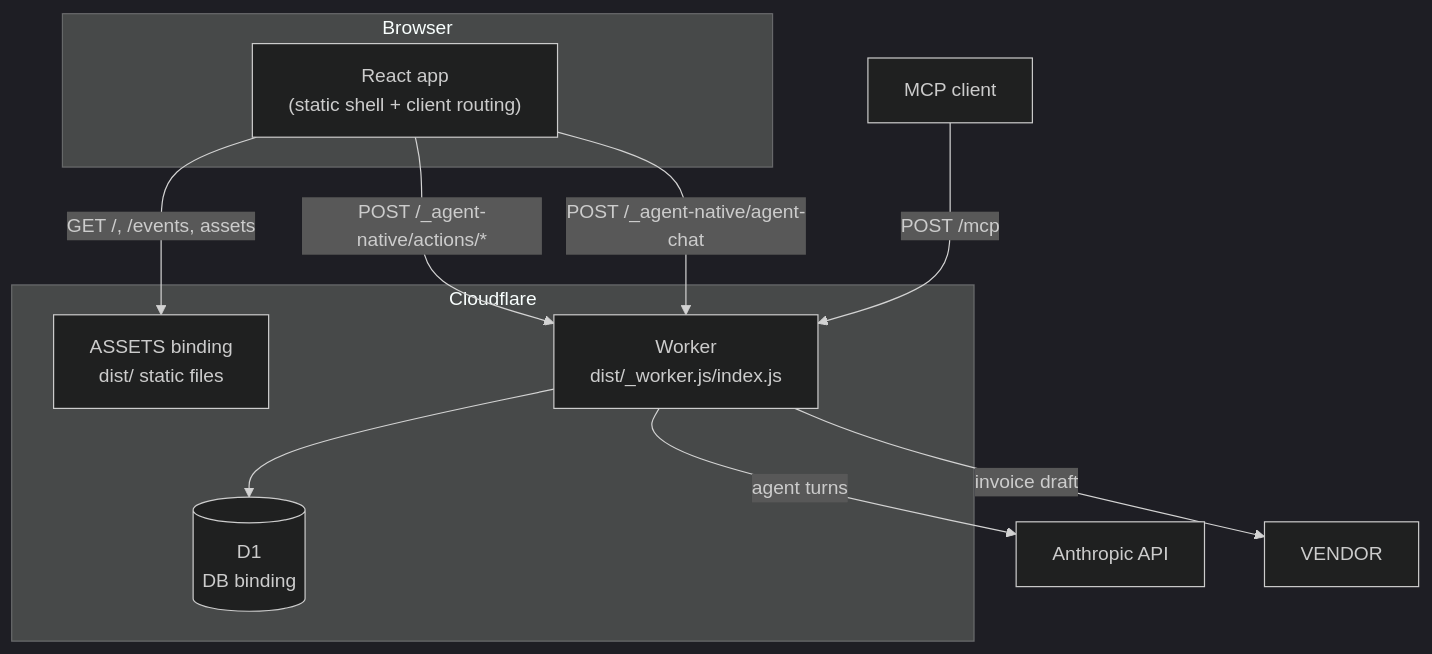
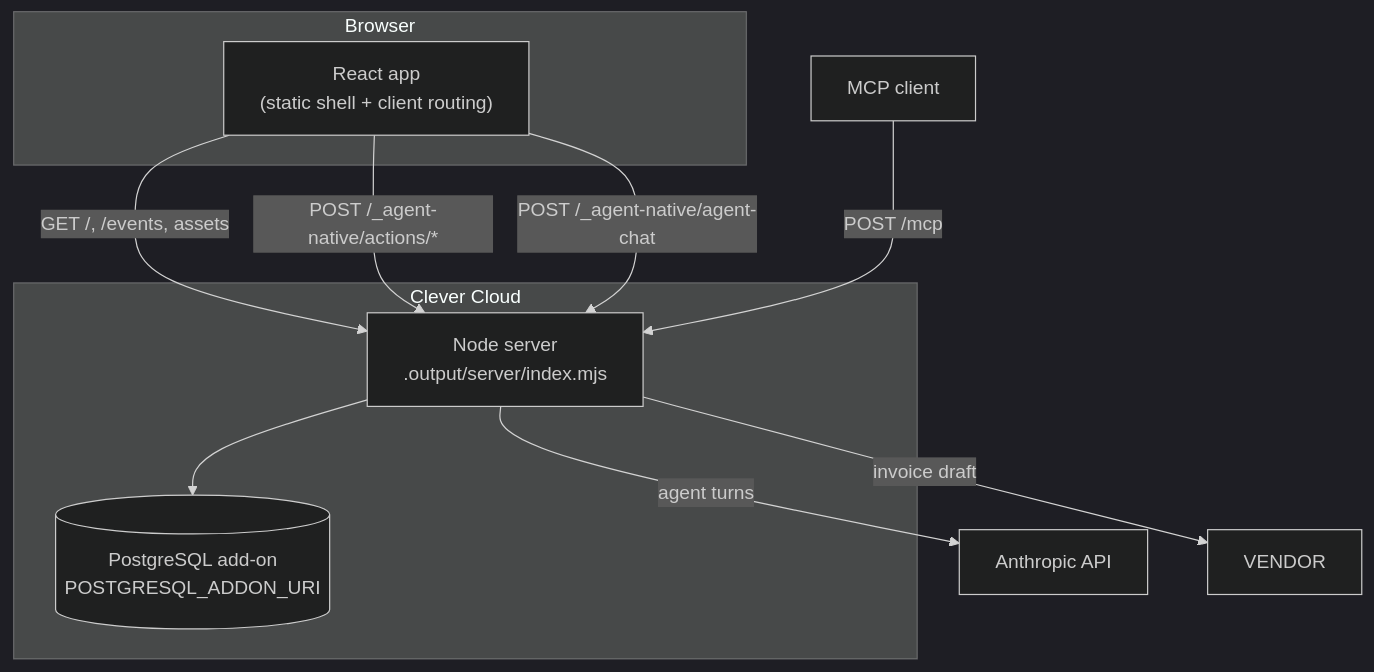
The first of 14 diagrams in ARCHITECTURE.md (anbergem/seating-arrangement), drawn with Mermaid (dark theme) before and after one commit. The commit also changed other lines of this file and 102 other files, not shown here.

````diff
--- a/ARCHITECTURE.md
+++ b/ARCHITECTURE.md
@@ -32,20 +33,19 @@
 ```mermaid
 flowchart TB
   subgraph Browser
     SHELL["React app<br/>(static shell + client routing)"]
   end
-  subgraph CF["Cloudflare"]
-    ASSETS["ASSETS binding<br/>dist/ static files"]
-    W["Worker<br/>dist/_worker.js/index.js"]
-    D1[("D1<br/>DB binding")]
+  subgraph CC["Clever Cloud"]
+    W["Node server<br/>.output/server/index.mjs"]
+    DB[("PostgreSQL add-on<br/>POSTGRESQL_ADDON_URI")]
   end
   ANTHROPIC["Anthropic API"]
 
-  SHELL -->|"GET /, /events, assets"| ASSETS
+  SHELL -->|"GET /, /events, assets"| W
   SHELL -->|"POST /_agent-native/actions/*"| W
   SHELL -->|"POST /_agent-native/agent-chat"| W
   MCPC["MCP client"] -->|"POST /mcp"| W
-  W --> D1
+  W --> DB
   W -->|"agent turns"| ANTHROPIC
   W -->|"invoice draft"| VENDOR
 ```
````
